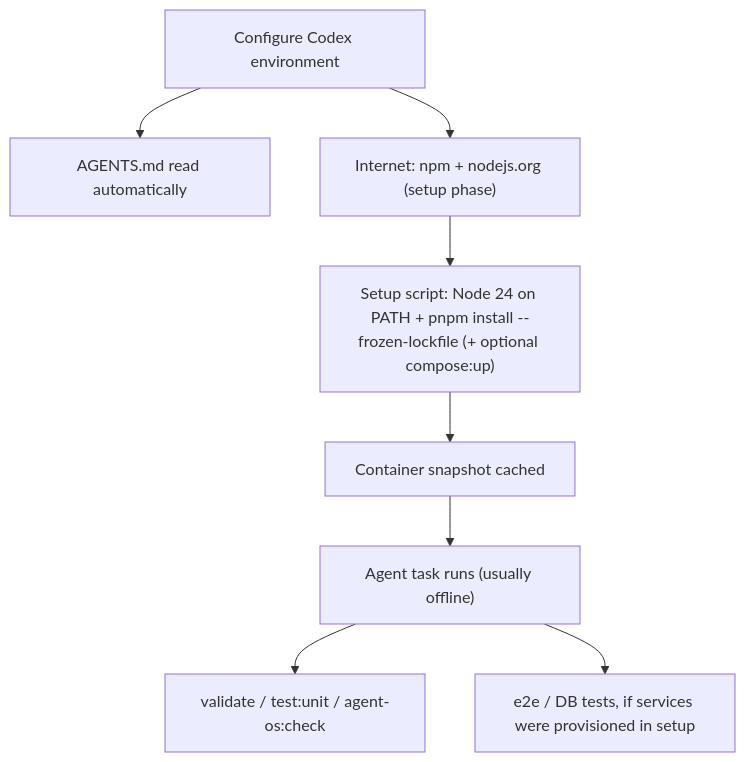
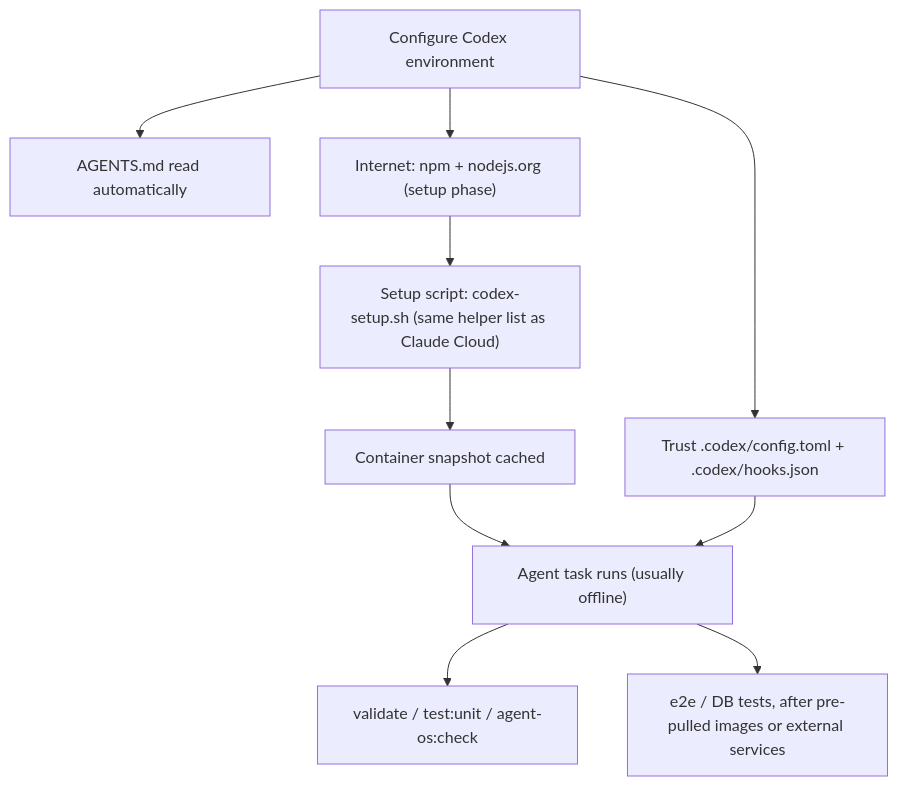
One commit to nikunjmavani/core-be changed the diagram in docs/integrations/codex-cloud-agent-environment.md. Above: the diagram before and after it, drawn with Mermaid. The commit also changed other lines of this file and 13 other files, not shown here.

Commit message:
chore: add codex cloud parity setup

````diff
--- a/docs/integrations/codex-cloud-agent-environment.md
+++ b/docs/integrations/codex-cloud-agent-environment.md
@@ -119,10 +196,12 @@
 ```mermaid
 flowchart TD
   cfg["Configure Codex environment"] --> agents["AGENTS.md read automatically"]
+  cfg --> codexConfig["Trust .codex/config.toml + .codex/hooks.json"]
   cfg --> net["Internet: npm + nodejs.org (setup phase)"]
-  net --> setup["Setup script: Node 24 on PATH + pnpm install --frozen-lockfile (+ optional compose:up)"]
+  net --> setup["Setup script: codex-setup.sh (same helper list as Claude Cloud)"]
   setup --> snapshot["Container snapshot cached"]
   snapshot --> task["Agent task runs (usually offline)"]
+  codexConfig --> task
   task --> gates["validate / test:unit / agent-os:check"]
-  task --> dbWork["e2e / DB tests, if services were provisioned in setup"]
+  task --> dbWork["e2e / DB tests, after pre-pulled images or external services"]
 ```
````
